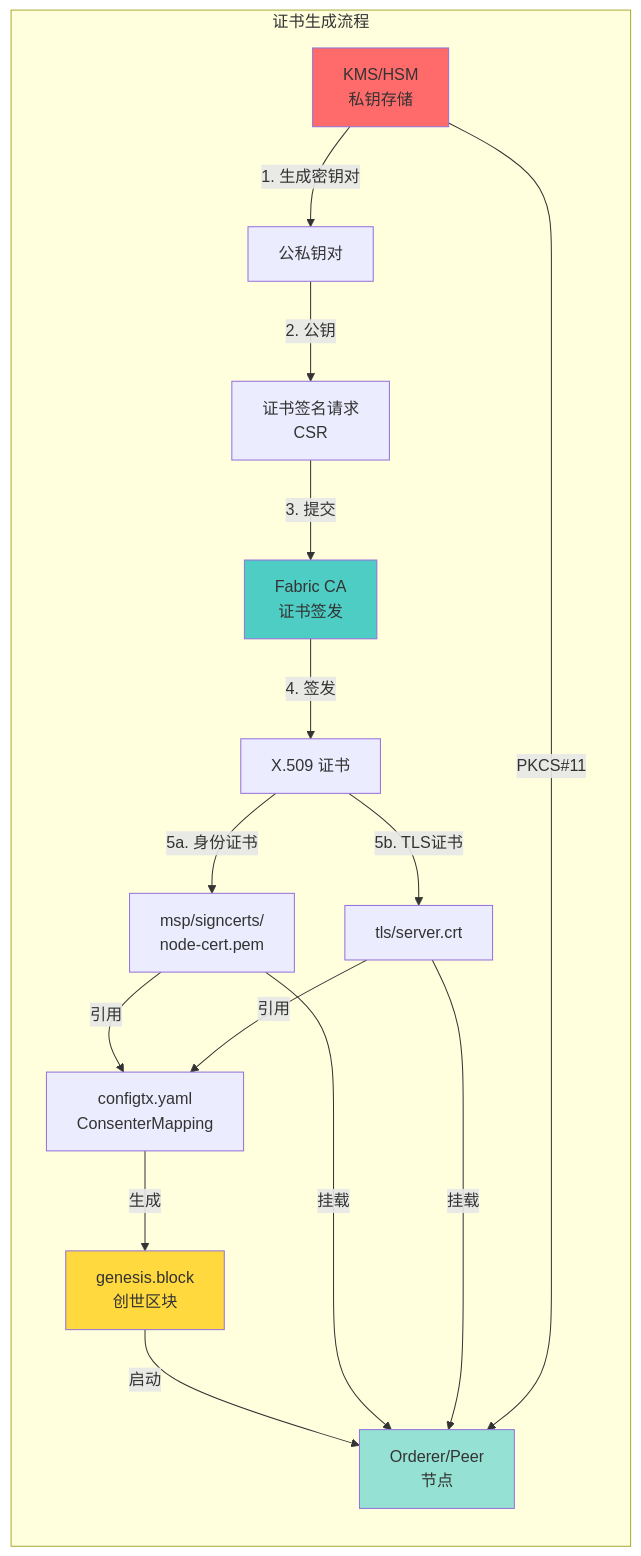
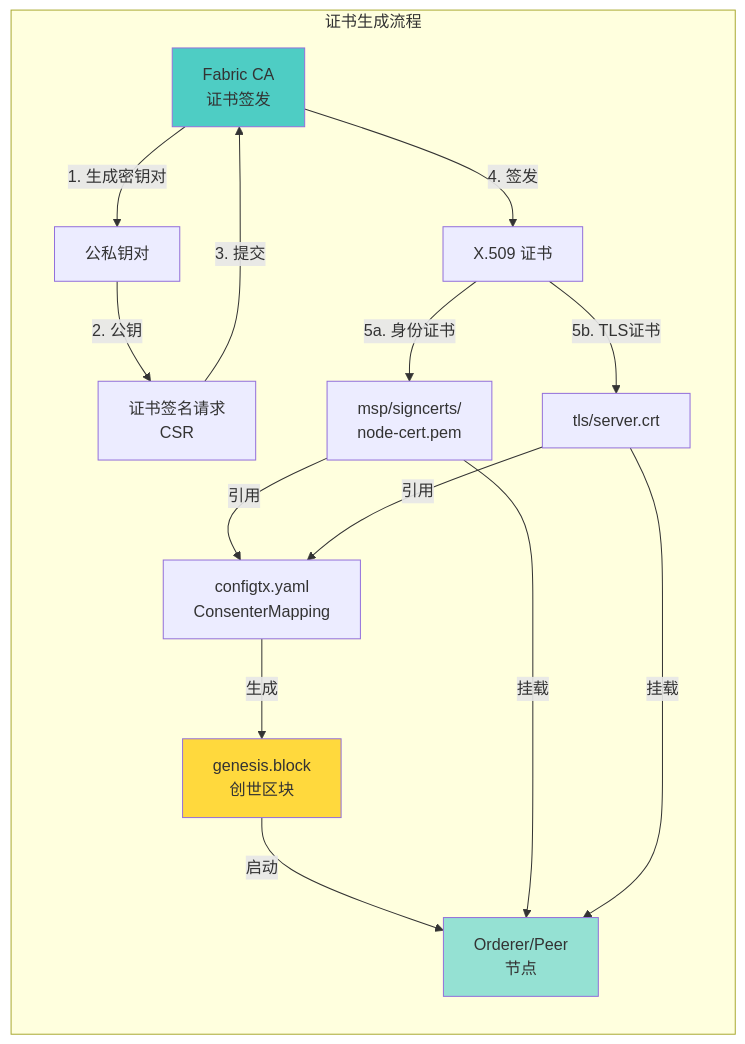
Before and after one commit to Built-by-Sign/fabric-x-network: the third of 7 diagrams in docs/CERTIFICATE_DEPLOYMENT_GUIDE.md, drawn with Mermaid. The commit also changed other lines of this file, not shown here.

Commit message:
docs: remove KMS flow diagrams from certificate guide (part 1)

````diff
--- a/docs/CERTIFICATE_DEPLOYMENT_GUIDE.md
+++ b/docs/CERTIFICATE_DEPLOYMENT_GUIDE.md
@@ -129,35 +129,31 @@
 ```mermaid
 graph LR
      subgraph "证书生成流程"
-         KMS["KMS/HSM<br/>私钥存储"]
          CA["Fabric CA<br/>证书签发"]
-         
-         KMS -->|1. 生成密钥对| KeyPair["公私钥对"]
+
+         CA -->|1. 生成密钥对| KeyPair["公私钥对"]
          KeyPair -->|2. 公钥| CSR["证书签名请求<br/>CSR"]
          CSR -->|3. 提交| CA
          CA -->|4. 签发| Cert["X.509 证书"]
-         
+
          Cert -->|5a. 身份证书| MSP["msp/signcerts/<br/>node-cert.pem"]
          Cert -->|5b. TLS证书| TLS["tls/server.crt"]
-         
+
          MSP -->|引用| ConfigTX["configtx.yaml<br/>ConsenterMapping"]
          TLS -->|引用| ConfigTX
-         
+
          ConfigTX -->|生成| GenesisBlock["genesis.block<br/>创世区块"]
-         
+
          GenesisBlock -->|启动| Node["Orderer/Peer<br/>节点"]
          MSP -->|挂载| Node
          TLS -->|挂载| Node
-         KMS -->|PKCS#11| Node
      end
-     
-     KMS:::red
+
      CA:::blue
      GenesisBlock:::yellow
      Node:::green
 
-     classDef red fill:#ff6b6b
      classDef blue fill:#4ecdc4
      classDef yellow fill:#ffd93d
      classDef green fill:#95e1d3
 ```
````
